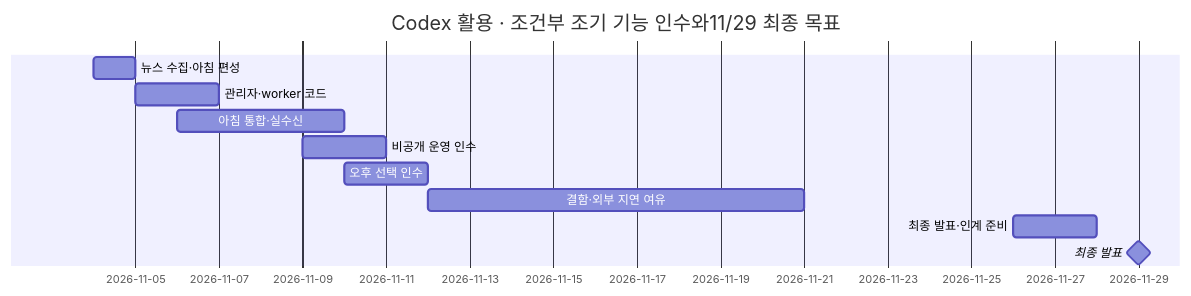
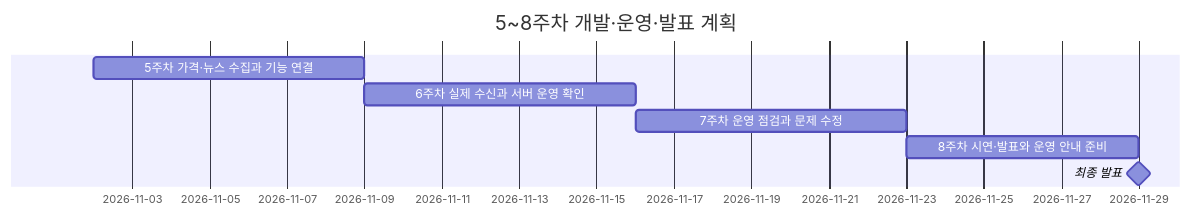
Before and after one commit to luvulmi/xfolio: the second of 2 diagrams in docs/프로젝트_기획서.md, drawn with Mermaid. The commit also changed other lines of this file and 12 other files, not shown here.

````diff
--- a/docs/프로젝트_기획서.md
+++ b/docs/프로젝트_기획서.md
@@ -97,13 +108,10 @@
 ```mermaid
 gantt
-    title Codex 활용 · 조건부 조기 기능 인수와11/29 최종 목표
+    title 5~8주차 개발·운영·발표 계획
     dateFormat YYYY-MM-DD
-    뉴스 수집·아침 편성 :2026-11-04, 2026-11-05
-    관리자·worker 코드 :2026-11-05, 2026-11-07
-    아침 통합·실수신 :2026-11-06, 2026-11-10
-    비공개 운영 인수 :2026-11-09, 2026-11-11
-    오후 선택 인수 :2026-11-10, 2026-11-12
-    결함·외부 지연 여유 :2026-11-12, 2026-11-21
-    최종 발표·인계 준비 :2026-11-26, 2026-11-28
+    5주차 가격·뉴스 수집과 기능 연결 :2026-11-02, 7d
+    6주차 실제 수신과 서버 운영 확인 :2026-11-09, 7d
+    7주차 운영 점검과 문제 수정 :2026-11-16, 7d
+    8주차 시연·발표와 운영 안내 준비 :2026-11-23, 6d
     최종 발표 :milestone, 2026-11-29, 0d
 ```
````
